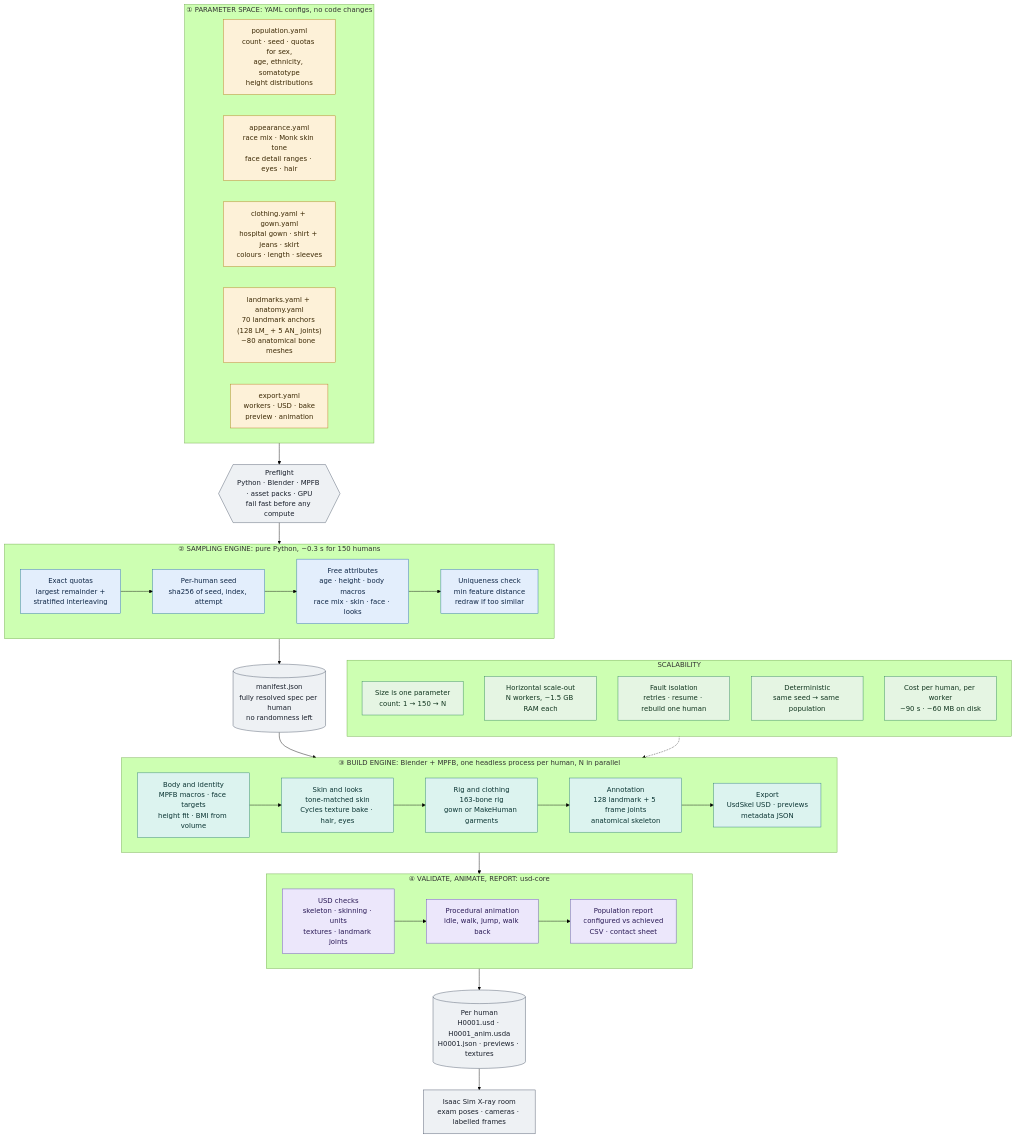
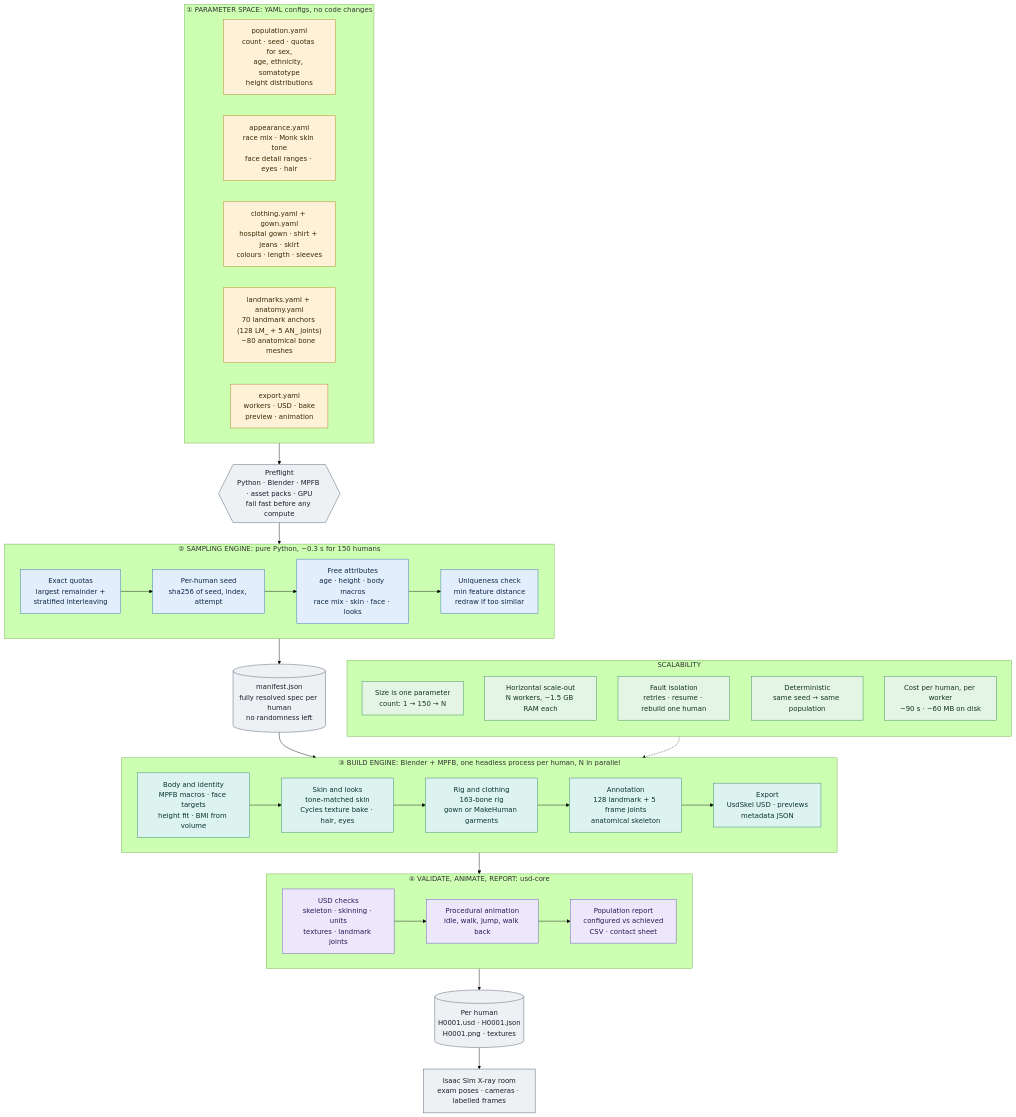
The diagram in synthetic-humans/docs/12_pipeline_diagram.md (josinho101/synthetic-data-generation), drawn with Mermaid (forest theme) before and after one commit. The commit also changed 18 other files, not shown here.

````diff
--- a/synthetic-humans/docs/12_pipeline_diagram.md
+++ b/synthetic-humans/docs/12_pipeline_diagram.md
@@ -6,64 +6,64 @@
 ```mermaid
 flowchart TB
   subgraph P["① PARAMETER SPACE: YAML configs, no code changes"]
     direction LR
     P1["population.yaml<br/>count · seed · quotas for sex,<br/>age, ethnicity, somatotype<br/>height distributions"]
     P2["appearance.yaml<br/>race mix · Monk skin tone<br/>face detail ranges · eyes · hair"]
     P3["clothing.yaml + gown.yaml<br/>hospital gown · shirt + jeans · skirt<br/>colours · length · sleeves"]
     P4["landmarks.yaml + anatomy.yaml<br/>70 landmark anchors (128 LM_ + 5 AN_ joints)<br/>~80 anatomical bone meshes"]
     P5["export.yaml<br/>workers · USD · bake<br/>preview · animation"]
   end
 
   PF{{"Preflight<br/>Python · Blender · MPFB · asset packs · GPU<br/>fail fast before any compute"}}
 
   subgraph S["② SAMPLING ENGINE: pure Python, ~0.3 s for 150 humans"]
     direction LR
     S1["Exact quotas<br/>largest remainder +<br/>stratified interleaving"] --> S2["Per-human seed<br/>sha256 of seed, index, attempt"]
     S2 --> S3["Free attributes<br/>age · height · body macros<br/>race mix · skin · face · looks"]
     S3 --> S4["Uniqueness check<br/>min feature distance<br/>redraw if too similar"]
   end
 
   M[("manifest.json<br/>fully resolved spec per human<br/>no randomness left")]
 
   subgraph B["③ BUILD ENGINE: Blender + MPFB, one headless process per human, N in parallel"]
     direction LR
     B1["Body and identity<br/>MPFB macros · face targets<br/>height fit · BMI from volume"] --> B2["Skin and looks<br/>tone-matched skin<br/>Cycles texture bake · hair, eyes"]
     B2 --> B3["Rig and clothing<br/>163-bone rig<br/>gown or MakeHuman garments"]
     B3 --> B4["Annotation<br/>128 landmark + 5 frame joints<br/>anatomical skeleton"]
     B4 --> B5["Export<br/>UsdSkel USD · previews<br/>metadata JSON"]
   end
 
   subgraph V["④ VALIDATE, ANIMATE, REPORT: usd-core"]
     direction LR
     V1["USD checks<br/>skeleton · skinning · units<br/>textures · landmark joints"] --> V2["Procedural animation<br/>idle, walk, jump, walk back"]
     V2 --> V3["Population report<br/>configured vs achieved<br/>CSV · contact sheet"]
   end
 
-  O[("Per human<br/>H0001.usd · H0001_anim.usda<br/>H0001.json · previews · textures")]
+  O[("Per human<br/>H0001.usd · H0001.json<br/>H0001.png · textures")]
   D["Isaac Sim X-ray room<br/>exam poses · cameras · labelled frames"]
 
   subgraph SC["SCALABILITY"]
     direction TB
     X1["Size is one parameter<br/>count: 1 → 150 → N"]
     X2["Horizontal scale-out<br/>N workers, ~1.5 GB RAM each"]
     X3["Fault isolation<br/>retries · resume · rebuild one human"]
     X4["Deterministic<br/>same seed → same population"]
     X5["Cost per human, per worker<br/>~90 s · ~60 MB on disk"]
   end
 
   P --> PF --> S --> M --> B --> V --> O --> D
   SC -.-> B
 
   classDef cfg fill:#fdf1d8,stroke:#b7791f,color:#3d2a06
   classDef smp fill:#e3eefc,stroke:#2b6cb0,color:#0f2747
   classDef bld fill:#dcf3ef,stroke:#2c7a7b,color:#0b3433
   classDef val fill:#ece7fb,stroke:#6b46c1,color:#2a1a56
   classDef out fill:#eef1f4,stroke:#4a5568,color:#1a202c
   classDef scl fill:#e5f5e3,stroke:#2f855a,color:#11351f
   class P1,P2,P3,P4,P5 cfg
   class S1,S2,S3,S4 smp
   class B1,B2,B3,B4,B5 bld
   class V1,V2,V3 val
   class PF,M,O,D out
   class X1,X2,X3,X4,X5 scl
 ```
````
